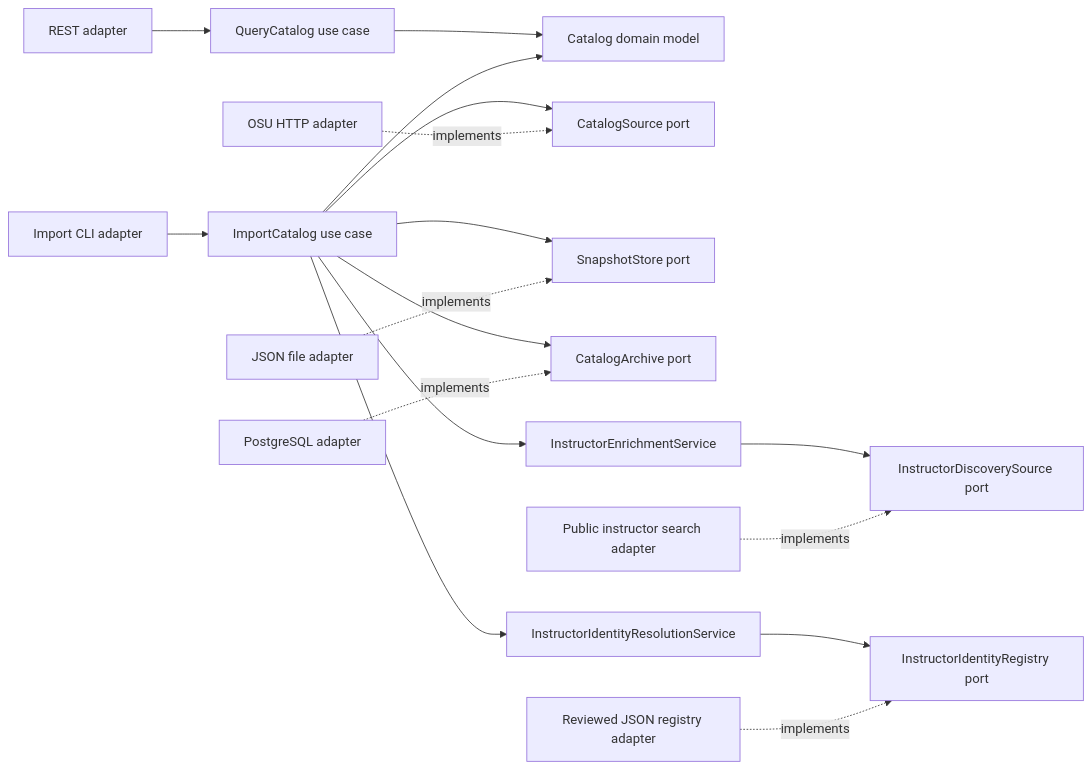
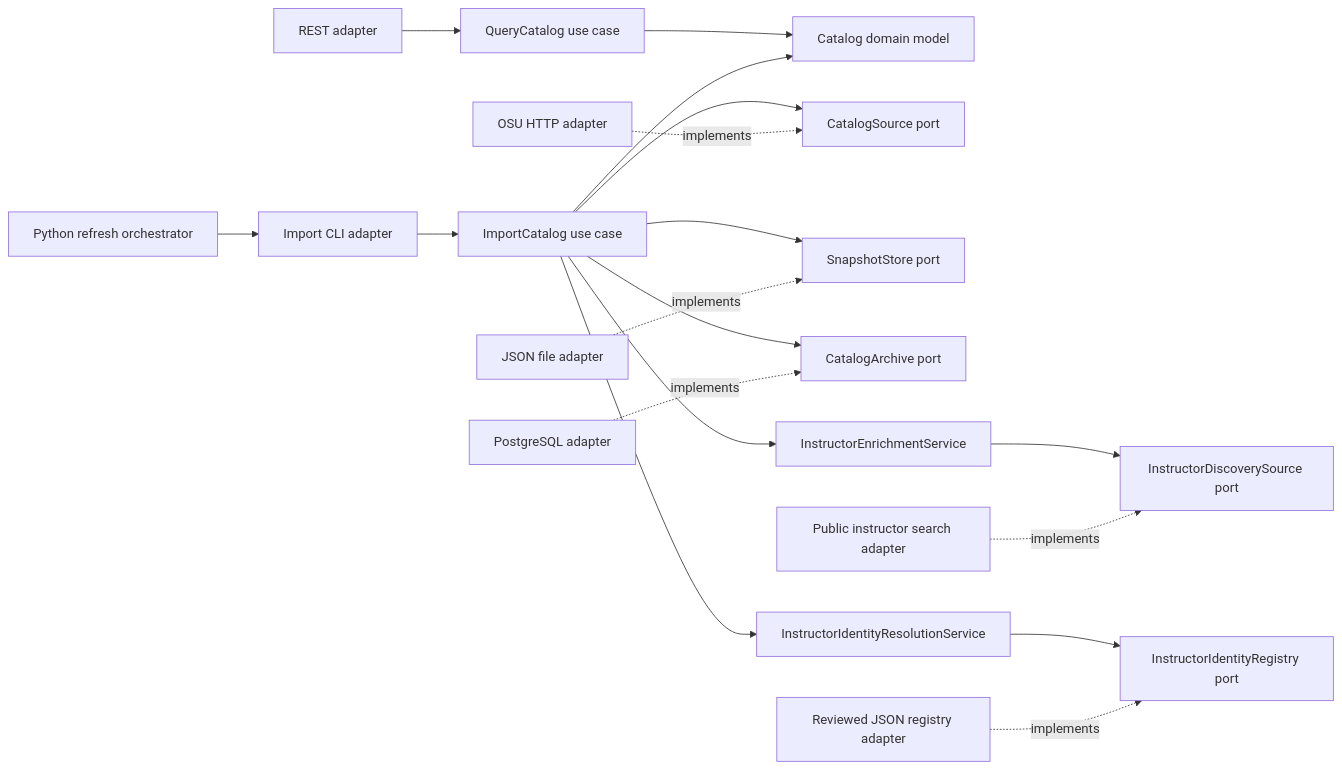
The diagram in docs/architecture.md (leo205/osuProfs), drawn with Mermaid before and after one commit. The commit also changed other lines of this file and 62 other files, not shown here.

````diff
--- a/docs/architecture.md
+++ b/docs/architecture.md
@@ -5,19 +5,20 @@
 ```mermaid
 flowchart LR
     Web[REST adapter] --> Query[QueryCatalog use case]
-    CLI[Import CLI adapter] --> Import[ImportCatalog use case]
+    Workflow[Python refresh orchestrator] --> CLI[Import CLI adapter]
+    CLI --> Import[ImportCatalog use case]
     Query --> Domain[Catalog domain model]
     Import --> Domain
     Import --> Source[CatalogSource port]
     Import --> Store[SnapshotStore port]
     Import --> Archive[CatalogArchive port]
     Import --> Enrich[InstructorEnrichmentService]
     Enrich --> Discovery[InstructorDiscoverySource port]
     Import --> Resolve[InstructorIdentityResolutionService]
     Resolve --> Registry[InstructorIdentityRegistry port]
     OSU[OSU HTTP adapter] -. implements .-> Source
     JSON[JSON file adapter] -. implements .-> Store
     PG[PostgreSQL adapter] -. implements .-> Archive
     PeopleSoft[Public instructor search adapter] -. implements .-> Discovery
     Identities[Reviewed JSON registry adapter] -. implements .-> Registry
 ```
````
